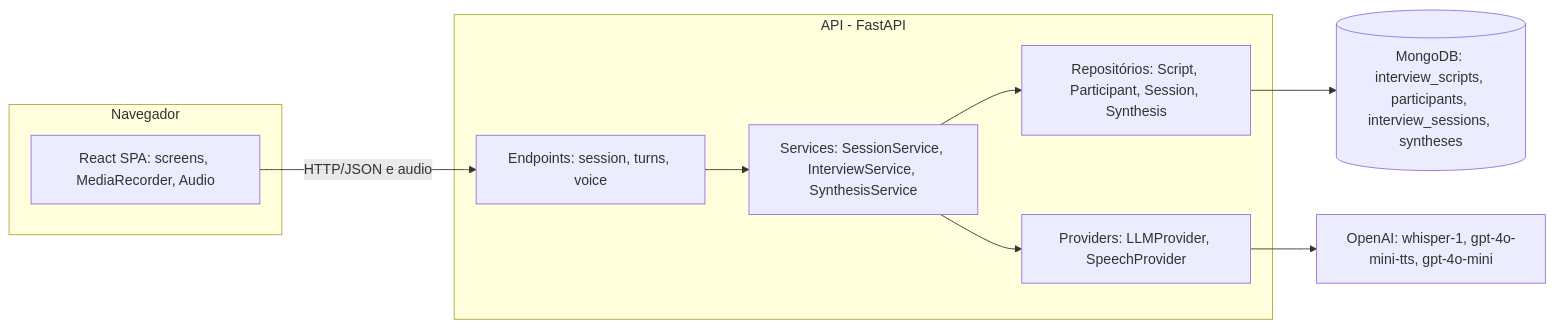
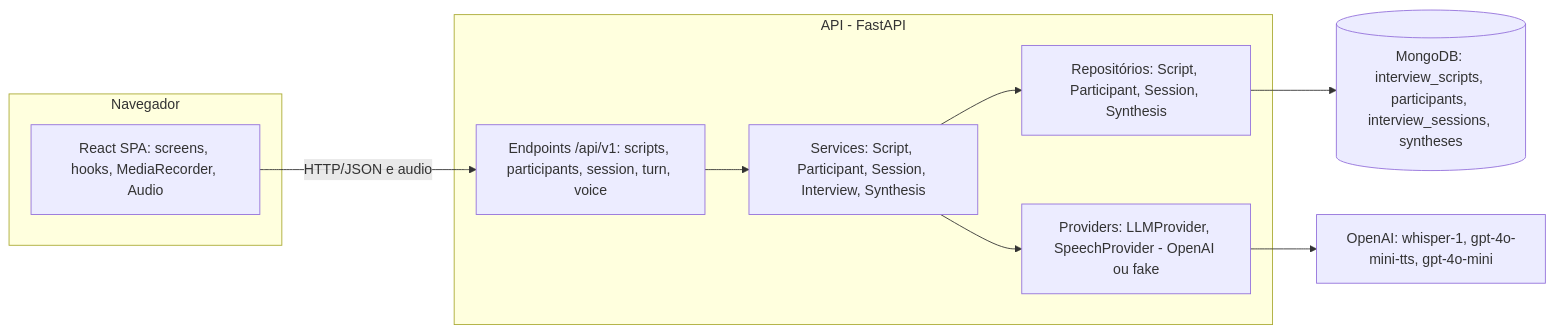
The first of 4 diagrams in README.md (joaopaulotr/AEP-ESOFT6SA), drawn with Mermaid before and after one commit. The commit also changed other lines of this file, not shown here.

Commit message:
docs: atualiza README com roteiros, rotas /api/v1 e telas da fase 1

````diff
--- a/README.md
+++ b/README.md
@@ -72,21 +73,21 @@
 ```mermaid
 flowchart LR
     subgraph Navegador
-        UI[React SPA: screens, MediaRecorder, Audio]
+        UI[React SPA: screens, hooks, MediaRecorder, Audio]
     end
     subgraph API_FastAPI[API - FastAPI]
-        EP[Endpoints: session, turns, voice]
-        SV[Services: SessionService, InterviewService, SynthesisService]
-        PV[Providers: LLMProvider, SpeechProvider]
+        EP[Endpoints /api/v1: scripts, participants, session, turn, voice]
+        SV[Services: Script, Participant, Session, Interview, Synthesis]
+        PV[Providers: LLMProvider, SpeechProvider - OpenAI ou fake]
         RP[Repositórios: Script, Participant, Session, Synthesis]
     end
     DB[(MongoDB: interview_scripts, participants, interview_sessions, syntheses)]
     AI[OpenAI: whisper-1, gpt-4o-mini-tts, gpt-4o-mini]
 
     UI -- HTTP/JSON e audio --> EP
     EP --> SV
     SV --> RP
     RP --> DB
     SV --> PV
     PV --> AI
 ```
````
